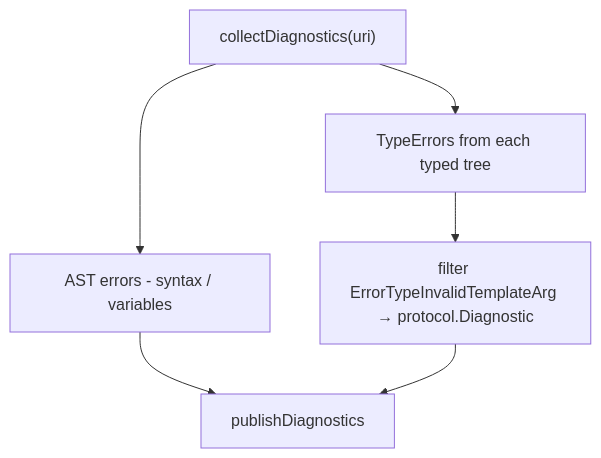
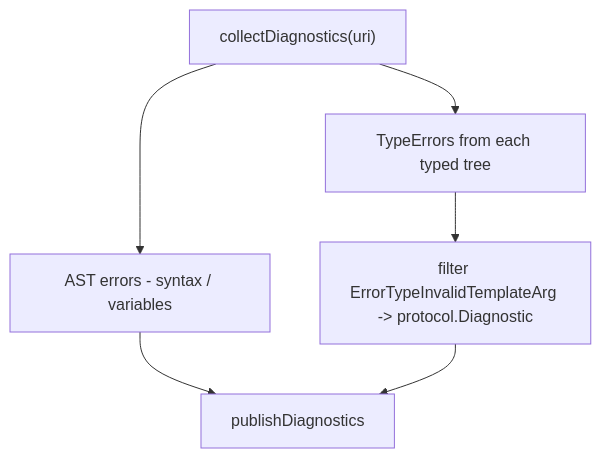
The second of 2 diagrams in docs/features/template_checking.md (allseas/go-template-lsp), drawn with Mermaid before and after one commit. The commit also changed other lines of this file and 10 other files, not shown here.

````diff
--- a/docs/features/template_checking.md
+++ b/docs/features/template_checking.md
@@ -42,7 +42,7 @@
 ```mermaid
 flowchart TD
     A["collectDiagnostics(uri)"] --> B[AST errors - syntax / variables]
     A --> C["TypeErrors from each typed tree"]
-    C --> D[filter ErrorTypeInvalidTemplateArg → protocol.Diagnostic]
+    C --> D[filter ErrorTypeInvalidTemplateArg -> protocol.Diagnostic]
     B & D --> E[publishDiagnostics]
 ```
````
